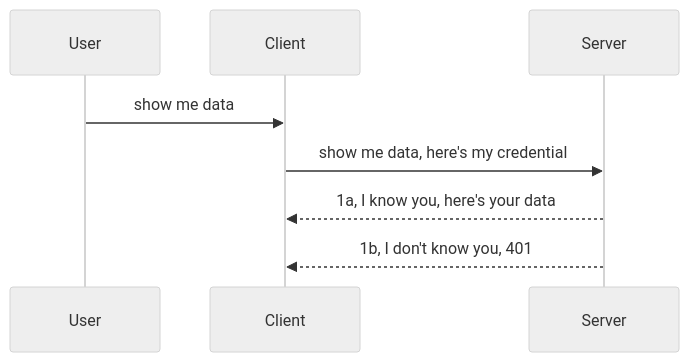
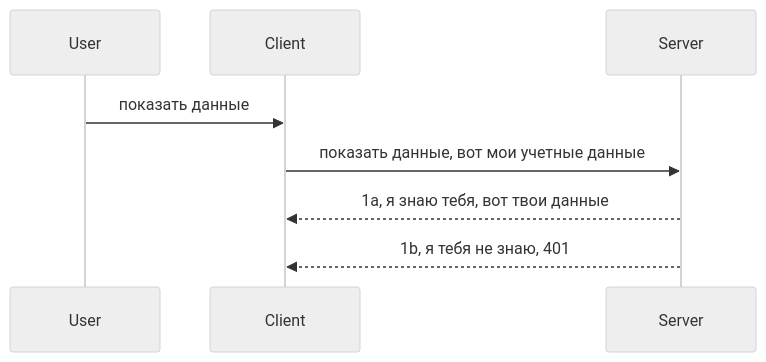
The diagram in translations/ru/03-GettingStarted/11-simple-auth/README.md (Mu-L/mcp-for-beginners), drawn with Mermaid (neutral theme) before and after one commit. The commit also changed other lines of this file and 110 other files, not shown here.

````diff
--- a/translations/ru/03-GettingStarted/11-simple-auth/README.md
+++ b/translations/ru/03-GettingStarted/11-simple-auth/README.md
@@ -24,11 +24,11 @@
 ```mermaid
 sequenceDiagram
    participant User
    participant Client
    participant Server
 
-   User->>Client: show me data
-   Client->>Server: show me data, here's my credential
-   Server-->>Client: 1a, I know you, here's your data
-   Server-->>Client: 1b, I don't know you, 401 
-```
+   User->>Client: показать данные
+   Client->>Server: показать данные, вот мои учетные данные
+   Server-->>Client: 1a, я знаю тебя, вот твои данные
+   Server-->>Client: 1b, я тебя не знаю, 401 
+```  
````
